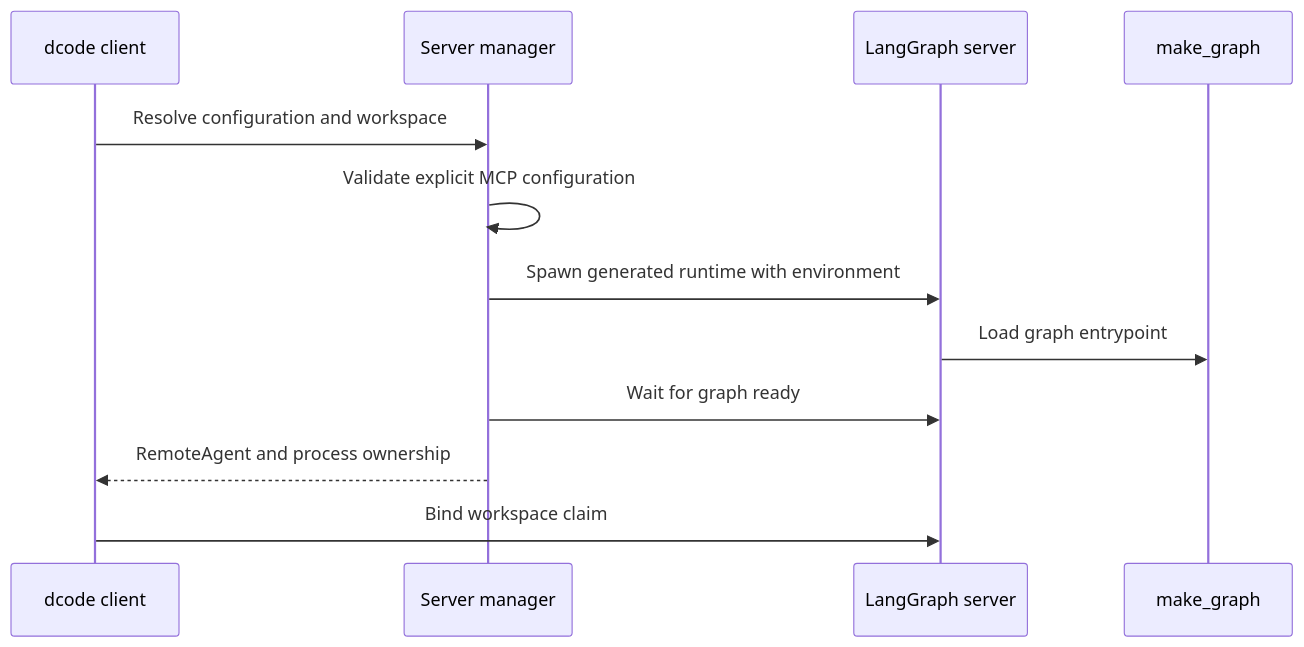
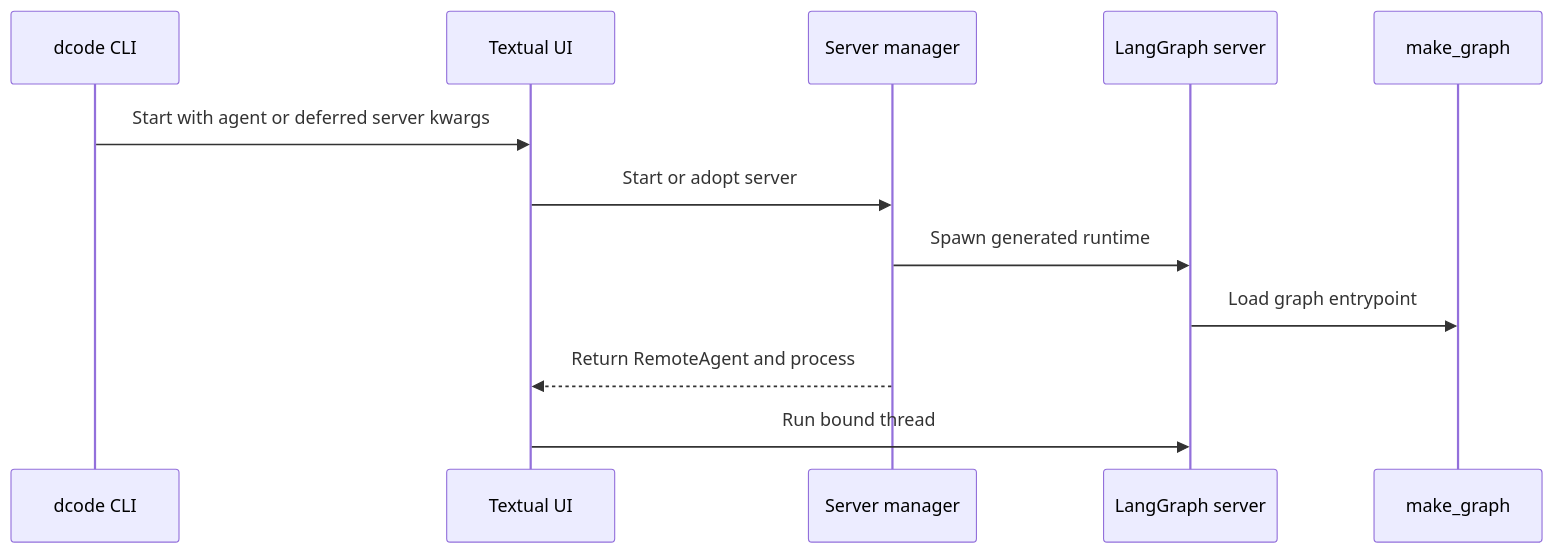
One commit to langchain-ai/deepagents changed the first of 2 diagrams in openwiki/architecture/source-map.md. Above: the diagram before and after it, drawn with Mermaid. The commit also changed other lines of this file and 37 other files, not shown here.

````diff
--- a/openwiki/architecture/source-map.md
+++ b/openwiki/architecture/source-map.md
@@ -92,14 +96,14 @@
 ```mermaid
 sequenceDiagram
-  participant Client as dcode client
+  participant CLI as dcode CLI
+  participant UI as Textual UI
   participant Launch as Server manager
   participant Server as LangGraph server
-  participant Factory as make_graph
-  Client->>Launch: Resolve configuration and workspace
-  Launch->>Launch: Validate explicit MCP configuration
-  Launch->>Server: Spawn generated runtime with environment
-  Server->>Factory: Load graph entrypoint
-  Launch->>Server: Wait for graph ready
-  Launch-->>Client: RemoteAgent and process ownership
-  Client->>Server: Bind workspace claim
+  participant Graph as make_graph
+  CLI->>UI: Start with agent or deferred server kwargs
+  UI->>Launch: Start or adopt server
+  Launch->>Server: Spawn generated runtime
+  Server->>Graph: Load graph entrypoint
+  Launch-->>UI: Return RemoteAgent and process
+  UI->>Server: Run bound thread
 ```
````
